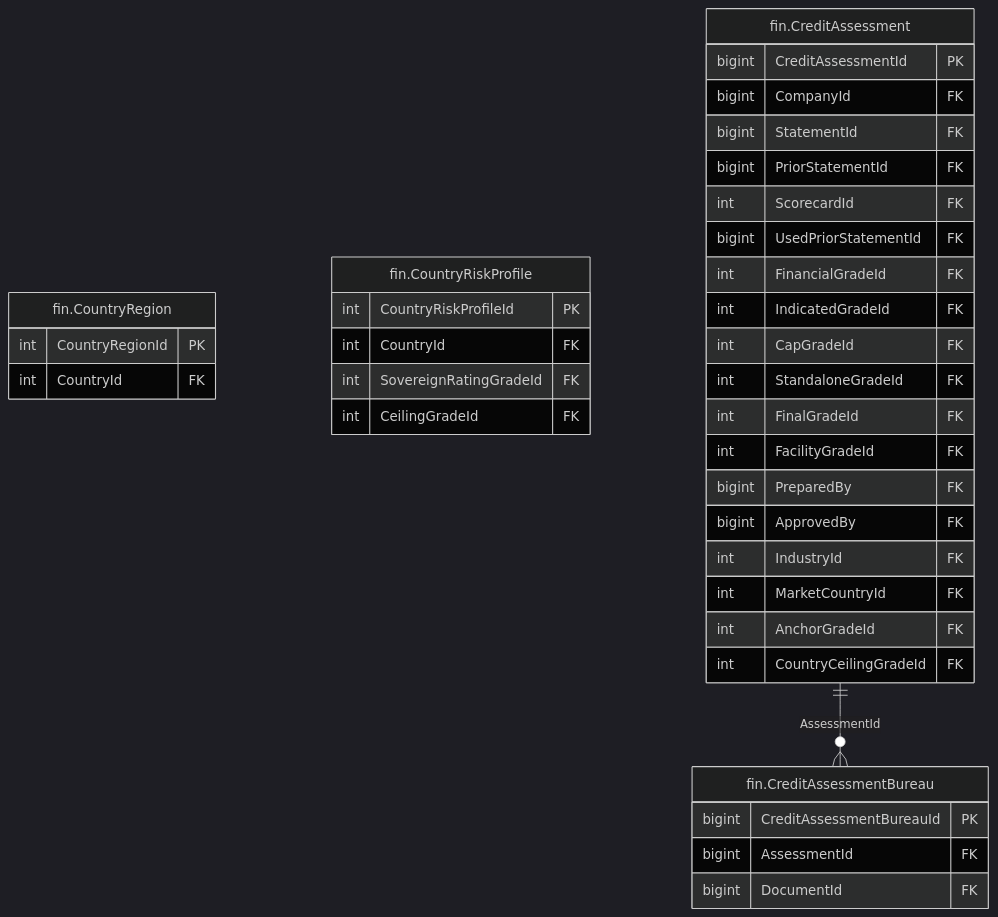
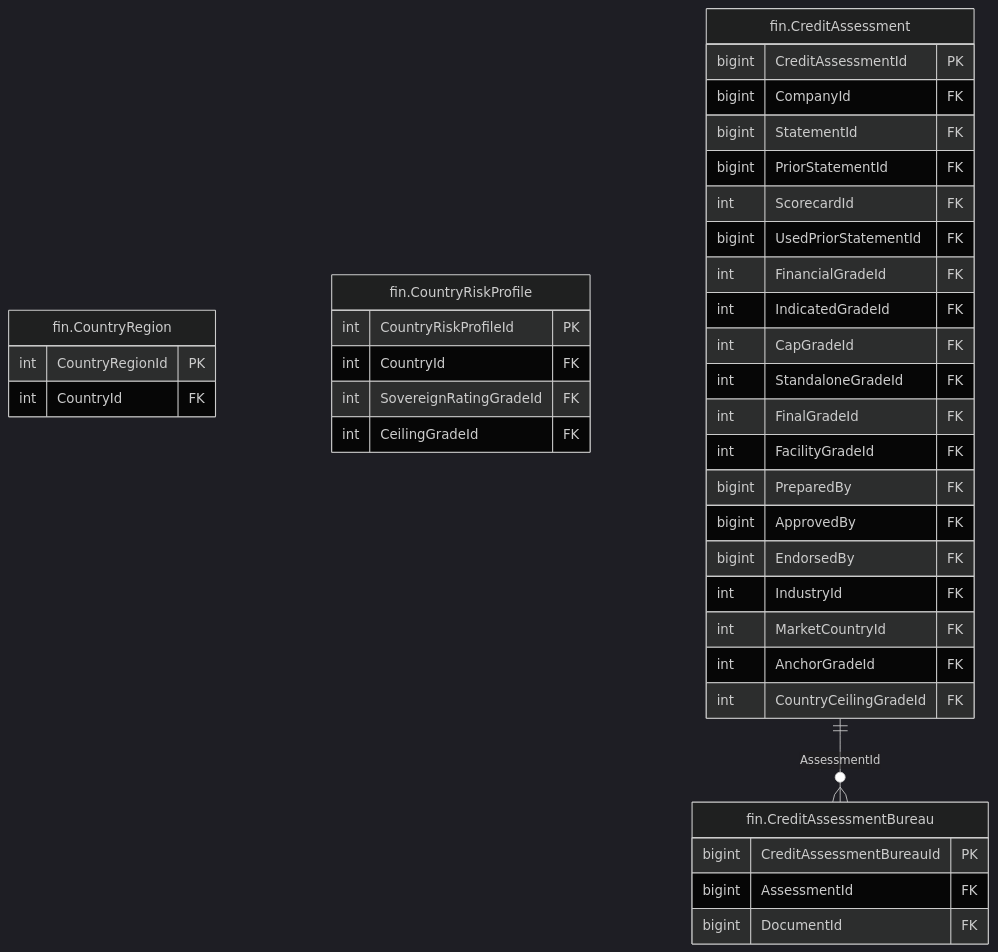
Before and after one commit to thawrasy/smartlines: the diagram in treasury-platform/docs/diagrams/erd/m5_financials_2.mmd, drawn with Mermaid (dark theme). The commit also changed 170 other files, not shown here.

```diff
--- a/treasury-platform/docs/diagrams/erd/m5_financials_2.mmd
+++ b/treasury-platform/docs/diagrams/erd/m5_financials_2.mmd
@@ -1,38 +1,39 @@
 %% م5 · البيانات المالية والأرصدة (2/14) — Financial statements & balances
 erDiagram
   fin_CountryRegion["fin.CountryRegion"] {
     int CountryRegionId PK
     int CountryId FK
   }
   fin_CountryRiskProfile["fin.CountryRiskProfile"] {
     int CountryRiskProfileId PK
     int CountryId FK
     int SovereignRatingGradeId FK
     int CeilingGradeId FK
   }
   fin_CreditAssessment["fin.CreditAssessment"] {
     bigint CreditAssessmentId PK
     bigint CompanyId FK
     bigint StatementId FK
     bigint PriorStatementId FK
     int ScorecardId FK
     bigint UsedPriorStatementId FK
     int FinancialGradeId FK
     int IndicatedGradeId FK
     int CapGradeId FK
     int StandaloneGradeId FK
     int FinalGradeId FK
     int FacilityGradeId FK
     bigint PreparedBy FK
     bigint ApprovedBy FK
+    bigint EndorsedBy FK
     int IndustryId FK
     int MarketCountryId FK
     int AnchorGradeId FK
     int CountryCeilingGradeId FK
   }
   fin_CreditAssessmentBureau["fin.CreditAssessmentBureau"] {
     bigint CreditAssessmentBureauId PK
     bigint AssessmentId FK
     bigint DocumentId FK
   }
   fin_CreditAssessment ||--o{ fin_CreditAssessmentBureau : "AssessmentId"
```
